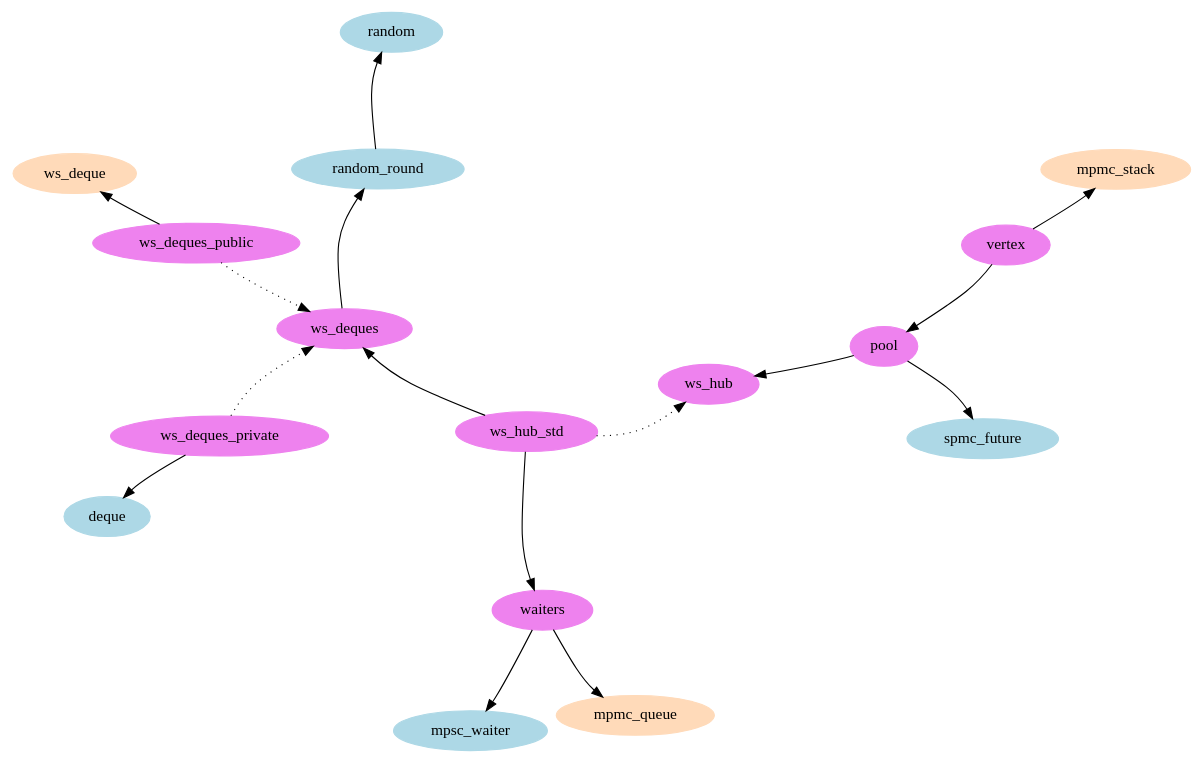
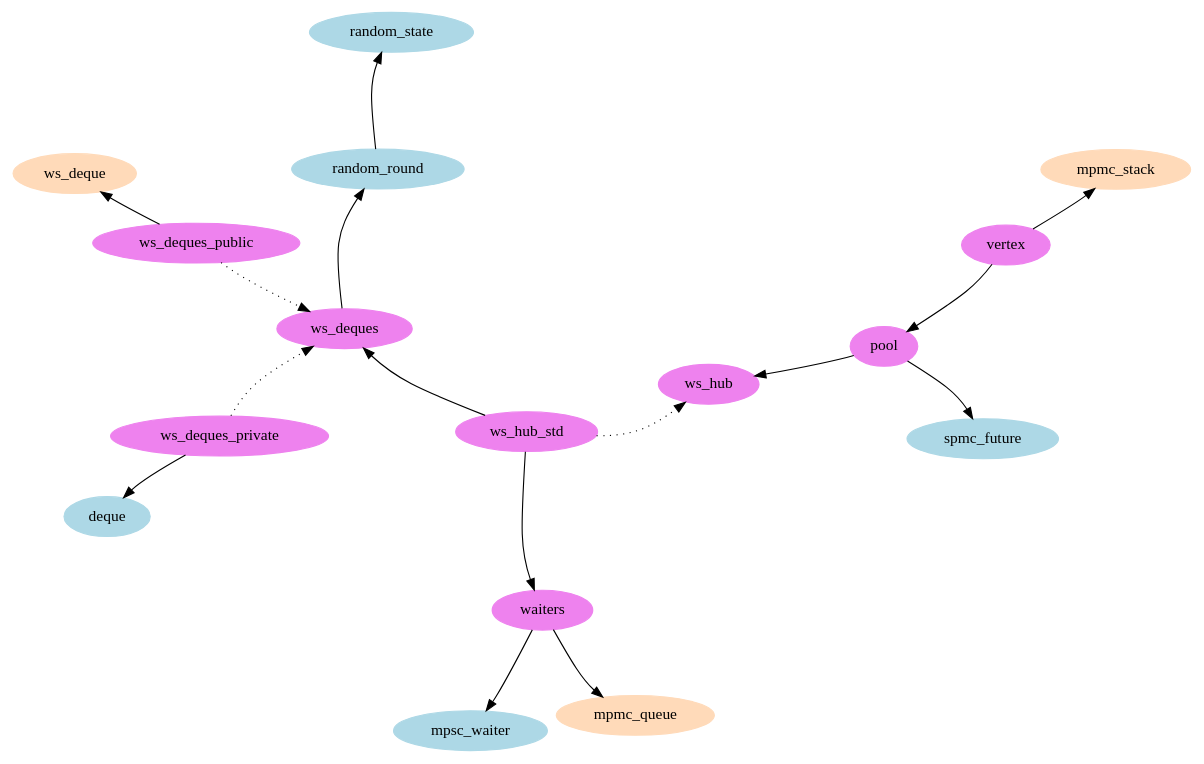
One commit to clef-men/zoo changed the diagram in doc/parabs.dot. Above: the diagram before and after it, drawn with Graphviz. The commit also changed 18 other files, not shown here.

```diff
--- a/doc/parabs.dot
+++ b/doc/parabs.dot
@@ -1,59 +1,59 @@
 digraph {
 	layout=sfdp
 	overlap=false
 	splines=curved
 
 	subgraph cluster_std {
 		label="std"
 		node [style=filled, color=lightblue]
-		random [label="random"]
+		random_state [label="random_state"]
 		random_round [label="random_round"]
 		deque [label="deque"]
 		mpsc_waiter [label="mpsc_waiter"]
 		spmc_future [label="spmc_future"]
 	}
 
 	subgraph cluster_saturn {
 		label="saturn"
 		node [style=filled, color=peachpuff]
 		mpmc_stack [label="mpmc_stack"]
 		mpmc_queue [label="mpmc_queue"]
 		ws_deque [label="ws_deque"]
 	}
 
 	subgraph cluster_parabs {
 		label="parabs"
 		node [style=filled, color=violet]
 		ws_deques [label="ws_deques"]
 		ws_deques_public [label="ws_deques_public"]
 		ws_deques_private [label="ws_deques_private"]
 		waiters [label="waiters"]
 		ws_hub [label="ws_hub"]
 		ws_hub_std [label="ws_hub_std"]
 		pool [label="pool"]
 		vertex [label="vertex"]
 	}
 
-	random_round -> random
+	random_round -> random_state
 
 	ws_deques_public -> ws_deque
 	ws_deques_public -> ws_deques [style=dotted]
 
 	ws_deques_private -> deque
 	ws_deques_private -> ws_deques [style=dotted]
 
 	ws_deques -> random_round
 
 	waiters -> mpsc_waiter
 	waiters -> mpmc_queue
 
 	ws_hub_std -> ws_deques
 	ws_hub_std -> waiters
 	ws_hub_std -> ws_hub [style=dotted]
 
 	pool -> spmc_future
 	pool -> ws_hub
 
 	vertex -> mpmc_stack
 	vertex -> pool
 }
```
